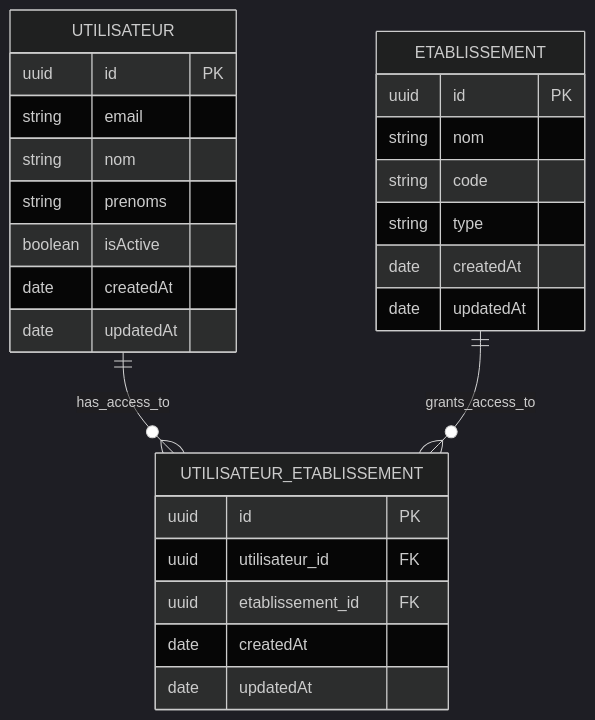
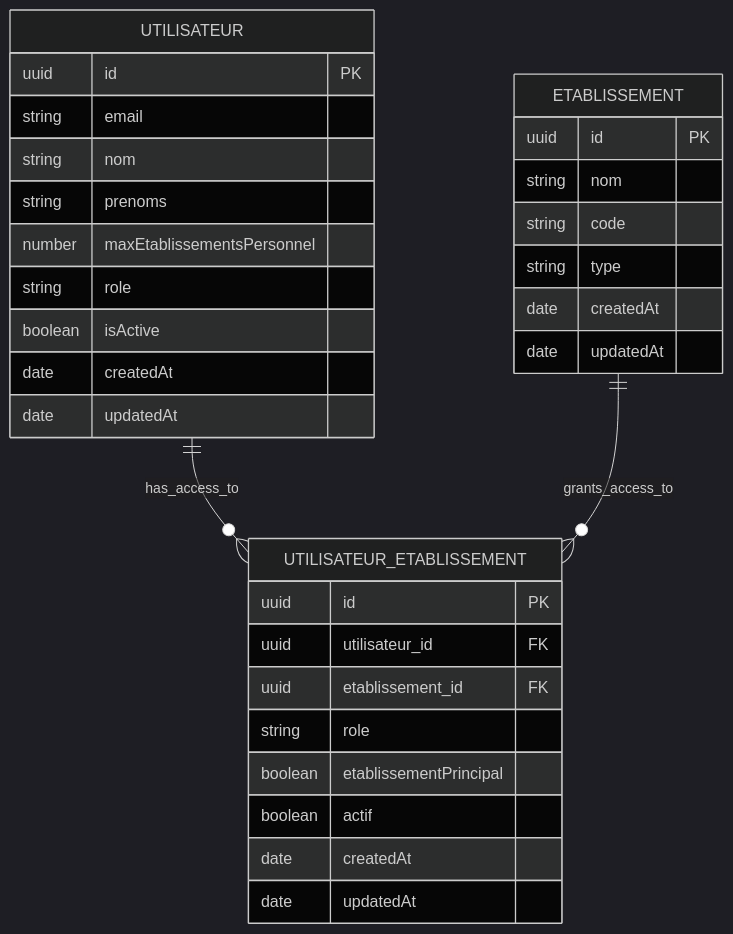
Before and after one commit to franckylab/eLISAschool: the seventh of 7 diagrams in .qoder/repowiki/en/content/Architecture Overview/Multi-Tenant Architecture.md, drawn with Mermaid (dark theme). The commit also changed other lines of this file and 281 other files, not shown here.

````diff
--- a/.qoder/repowiki/en/content/Architecture Overview/Multi-Tenant Architecture.md
+++ b/.qoder/repowiki/en/content/Architecture Overview/Multi-Tenant Architecture.md
@@ -378,29 +447,34 @@
 ```mermaid
 erDiagram
 UTILISATEUR ||--o{ UTILISATEUR_ETABLISSEMENT : has_access_to
 ETABLISSEMENT ||--o{ UTILISATEUR_ETABLISSEMENT : grants_access_to
 UTILISATEUR {
 uuid id PK
 string email
 string nom
 string prenoms
+number maxEtablissementsPersonnel
+string role
 boolean isActive
 date createdAt
 date updatedAt
 }
 ETABLISSEMENT {
 uuid id PK
 string nom
 string code
 string type
 date createdAt
 date updatedAt
 }
 UTILISATEUR_ETABLISSEMENT {
 uuid id PK
 uuid utilisateur_id FK
 uuid etablissement_id FK
+string role
+boolean etablissementPrincipal
+boolean actif
 date createdAt
 date updatedAt
 }
 ```
````
